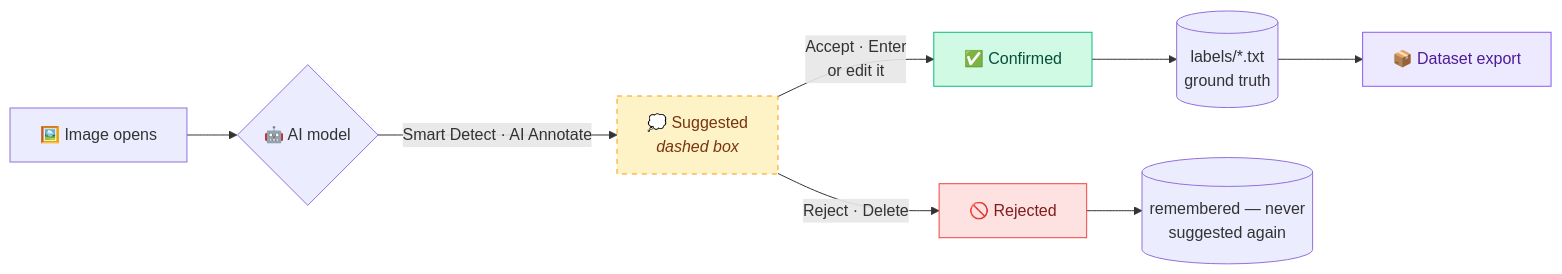
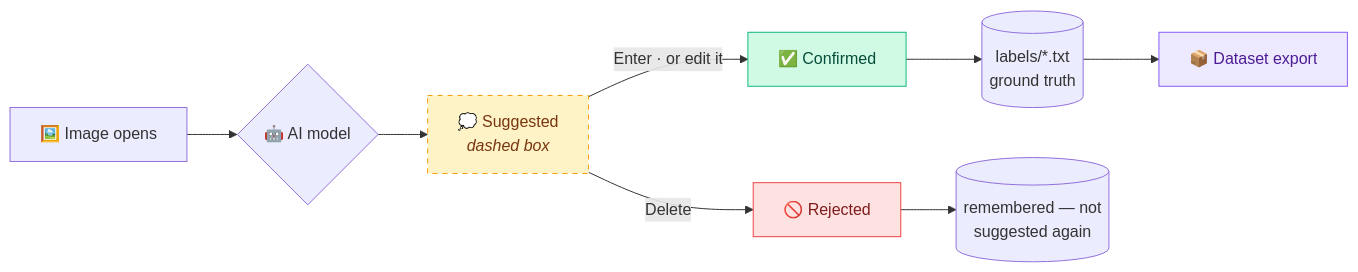
One commit to ChandraMahesh24/Annomaster1 changed the second of 4 diagrams in README.md. Above: the diagram before and after it, drawn with Mermaid. The commit also changed other lines of this file, not shown here.

````diff
--- a/README.md
+++ b/README.md
@@ -237,15 +252,15 @@
 ```mermaid
 flowchart LR
     A["🖼️ Image opens"] --> B{"🤖 AI model"}
-    B -->|"Smart Detect · AI Annotate"| C["💭 Suggested<br/><i>dashed box</i>"]
-    C -->|"Accept · Enter<br/>or edit it"| D["✅ Confirmed"]
-    C -->|"Reject · Delete"| E["🚫 Rejected"]
+    B --> C["💭 Suggested<br/><i>dashed box</i>"]
+    C -->|"Enter · or edit it"| D["✅ Confirmed"]
+    C -->|"Delete"| E["🚫 Rejected"]
     D --> F[("labels/*.txt<br/>ground truth")]
-    E --> G[("remembered — never<br/>suggested again")]
+    E --> G[("remembered — not<br/>suggested again")]
     F --> H["📦 Dataset export"]
 
     style C fill:#fef3c7,stroke:#f59e0b,stroke-dasharray: 5 5,color:#78350f
     style D fill:#d1fae5,stroke:#10b981,color:#064e3b
     style E fill:#fee2e2,stroke:#ef4444,color:#7f1d1d
     style H fill:#ede9fe,stroke:#8b5cf6,color:#4c1d95
 ```
````
